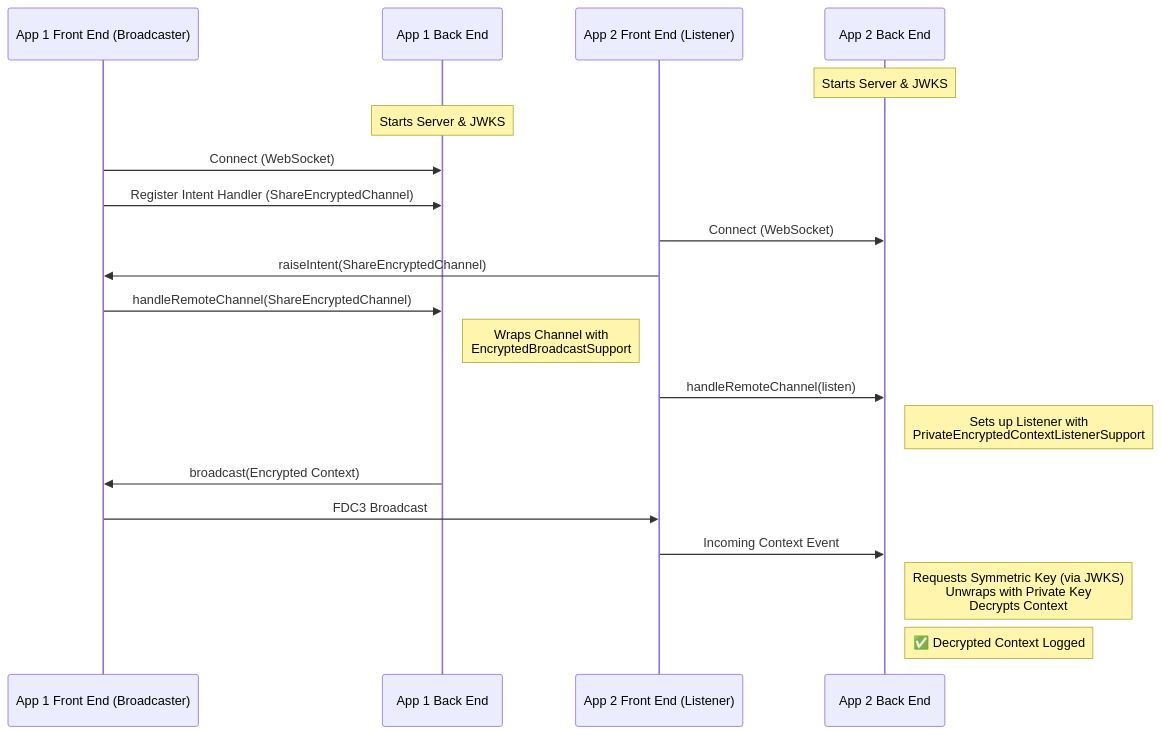
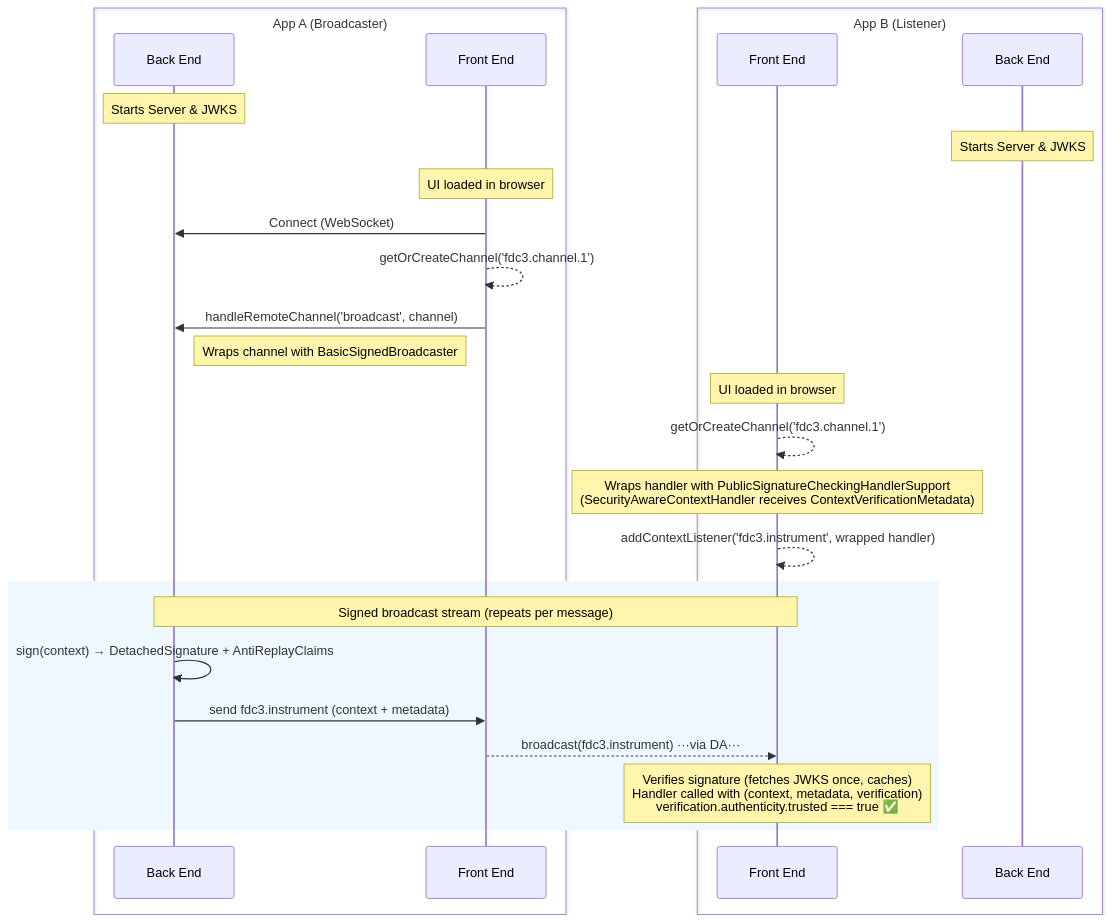
The first of 5 diagrams in packages/fdc3-security/samples/README.md (finos/FDC3), drawn with Mermaid before and after one commit. The commit also changed other lines of this file and 76 other files, not shown here.

````diff
--- a/packages/fdc3-security/samples/README.md
+++ b/packages/fdc3-security/samples/README.md
@@ -25,29 +36,33 @@
 ```mermaid
 sequenceDiagram
-    participant 1FE as App 1 Front End (Broadcaster)
-    participant 1BE as App 1 Back End
-    participant 2FE as App 2 Front End (Listener)
-    participant 2BE as App 2 Back End
+    box App A (Broadcaster)
+        participant ABE as Back End
+        participant AFE as Front End
+    end
+    box App B (Listener)
+        participant BFE as Front End
+        participant BBE as Back End
+    end
 
-    Note over 2BE: Starts Server & JWKS
-    Note over 1BE: Starts Server & JWKS
-    
-    1FE->>1BE: Connect (WebSocket)
-    1FE->>1BE: Register Intent Handler (ShareEncryptedChannel)
-    
-    2FE->>2BE: Connect (WebSocket)
-    2FE->>1FE: raiseIntent(ShareEncryptedChannel)
-    
-    1FE->>1BE: handleRemoteChannel(ShareEncryptedChannel)
-    Note right of 1BE: Wraps Channel with<br/>EncryptedBroadcastSupport
-    
-    2FE->>2BE: handleRemoteChannel(listen)
-    Note right of 2BE: Sets up Listener with<br/>PrivateEncryptedContextListenerSupport
-    
-    1BE->>1FE: broadcast(Encrypted Context)
-    1FE->>2FE: FDC3 Broadcast
-    
-    2FE->>2BE: Incoming Context Event
-    Note right of 2BE: Requests Symmetric Key (via JWKS)<br/>Unwraps with Private Key<br/>Decrypts Context
-    Note right of 2BE: ✅ Decrypted Context Logged
+    Note over ABE: Starts Server & JWKS
+    Note over BBE: Starts Server & JWKS
+
+    Note over AFE: UI loaded in browser
+    AFE->>ABE: Connect (WebSocket)
+    AFE-->>AFE: getOrCreateChannel('fdc3.channel.1')
+    AFE->>ABE: handleRemoteChannel('broadcast', channel)
+    Note right of ABE: Wraps channel with BasicSignedBroadcaster
+
+    Note over BFE: UI loaded in browser
+    BFE-->>BFE: getOrCreateChannel('fdc3.channel.1')
+    Note over BFE: Wraps handler with PublicSignatureCheckingHandlerSupport<br/>(SecurityAwareContextHandler receives ContextVerificationMetadata)
+    BFE-->>BFE: addContextListener('fdc3.instrument', wrapped handler)
+
+    rect rgb(240, 248, 255)
+    Note over ABE,BFE: Signed broadcast stream (repeats per message)
+    ABE->>ABE: sign(context) → DetachedSignature + AntiReplayClaims
+    ABE->>AFE: send fdc3.instrument (context + metadata)
+    AFE-->>BFE: broadcast(fdc3.instrument) ···via DA···
+    Note over BFE: Verifies signature (fetches JWKS once, caches)<br/>Handler called with (context, metadata, verification)<br/>verification.authenticity.trusted === true ✅
+    end
 ```
````
